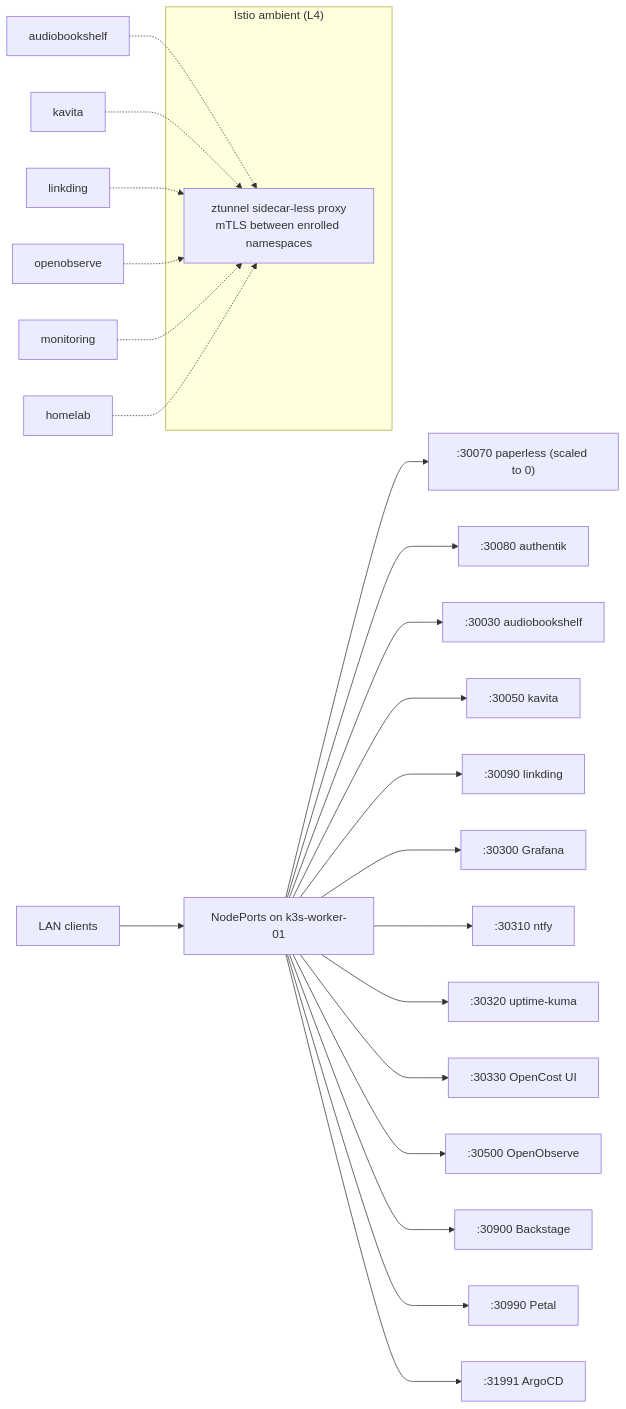
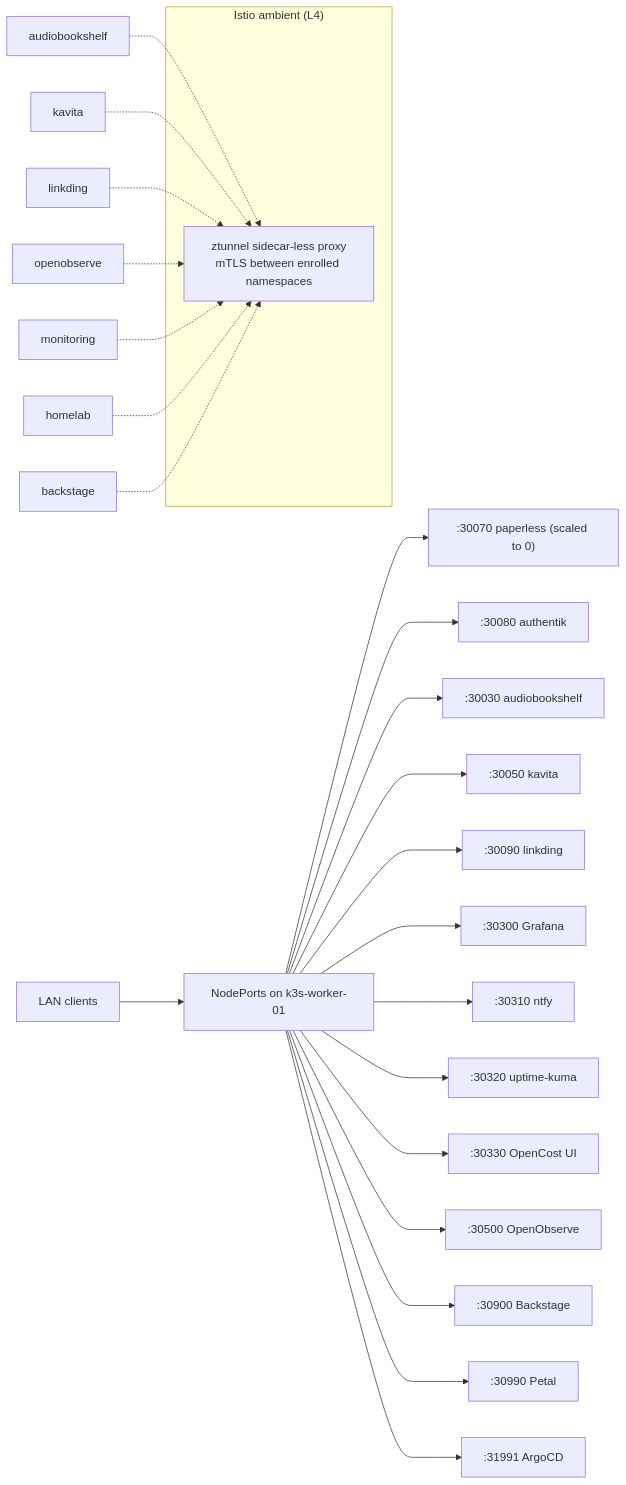
Before and after one commit to Blacklotus89898/Homelab: the eighth of 9 diagrams in docs/architecture.md, drawn with Mermaid. The commit also changed other lines of this file and 9 other files, not shown here.

````diff
--- a/docs/architecture.md
+++ b/docs/architecture.md
@@ -305,21 +305,21 @@
 ```mermaid
 flowchart LR
   IN["LAN clients"] --> NP["NodePorts on k3s-worker-01"]
   NP --> P30070[":30070 paperless (scaled to 0)"]
   NP --> P30080[":30080 authentik"]
   NP --> P30030[":30030 audiobookshelf"]
   NP --> P30050[":30050 kavita"]
   NP --> P30090[":30090 linkding"]
   NP --> P30300[":30300 Grafana"]
   NP --> P30310[":30310 ntfy"]
   NP --> P30320[":30320 uptime-kuma"]
   NP --> P30330[":30330 OpenCost UI"]
   NP --> P30500[":30500 OpenObserve"]
   NP --> P30900[":30900 Backstage"]
   NP --> P30990[":30990 Petal"]
   NP --> P31991[":31991 ArgoCD"]
   subgraph mesh["Istio ambient (L4)"]
     Z["ztunnel sidecar-less proxy<br/>mTLS between enrolled namespaces"]
   end
-  audiobookshelf & kavita & linkding & openobserve & monitoring & homelab -.-> Z
+  audiobookshelf & kavita & linkding & openobserve & monitoring & homelab & backstage -.-> Z
 ```
````
